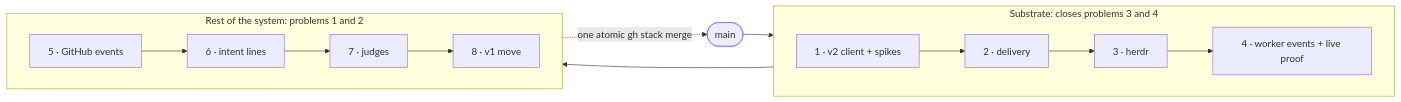
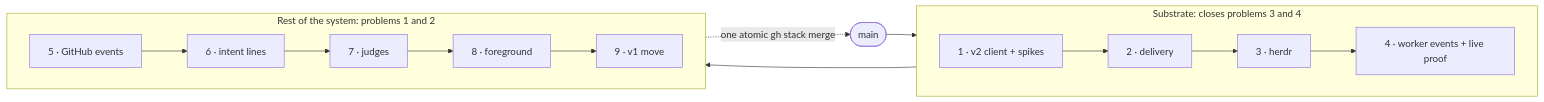
The first of 13 diagrams in docs/switchboard.md (adamkaplan/fleet-kit), drawn with Mermaid before and after one commit. The commit also changed other lines of this file, not shown here.

First line of the commit message:
docs: switchboard: asks as the intent anchor; foreground and background as PR 8

````diff
--- a/docs/switchboard.md
+++ b/docs/switchboard.md
@@ -25,15 +26,15 @@
 ```mermaid
 flowchart LR
   main(["main"])
   subgraph substrate["Substrate: closes problems 3 and 4"]
     direction LR
     p1["1 · v2 client + spikes"] --> p2["2 · delivery"] --> p3["3 · herdr"] --> p4["4 · worker events + live proof"]
   end
   subgraph system["Rest of the system: problems 1 and 2"]
     direction LR
-    p5["5 · GitHub events"] --> p6["6 · intent lines"] --> p7["7 · judges"] --> p8["8 · v1 move"]
+    p5["5 · GitHub events"] --> p6["6 · intent lines"] --> p7["7 · judges"] --> p8["8 · foreground"] --> p9["9 · v1 move"]
   end
   main --> p1
   p4 --> p5
-  p8 -. "one atomic gh stack merge" .-> main
+  p9 -. "one atomic gh stack merge" .-> main
 ```
````
